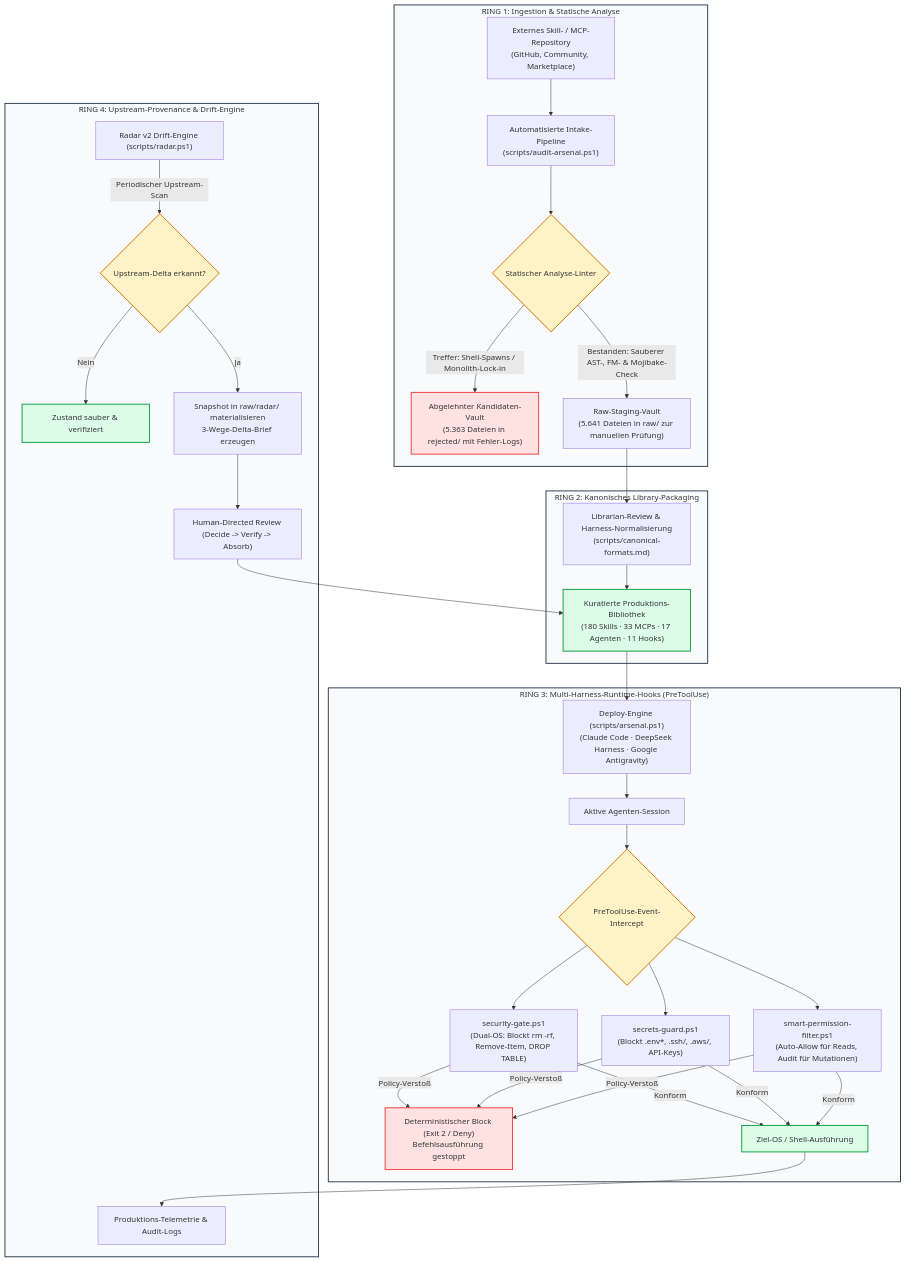
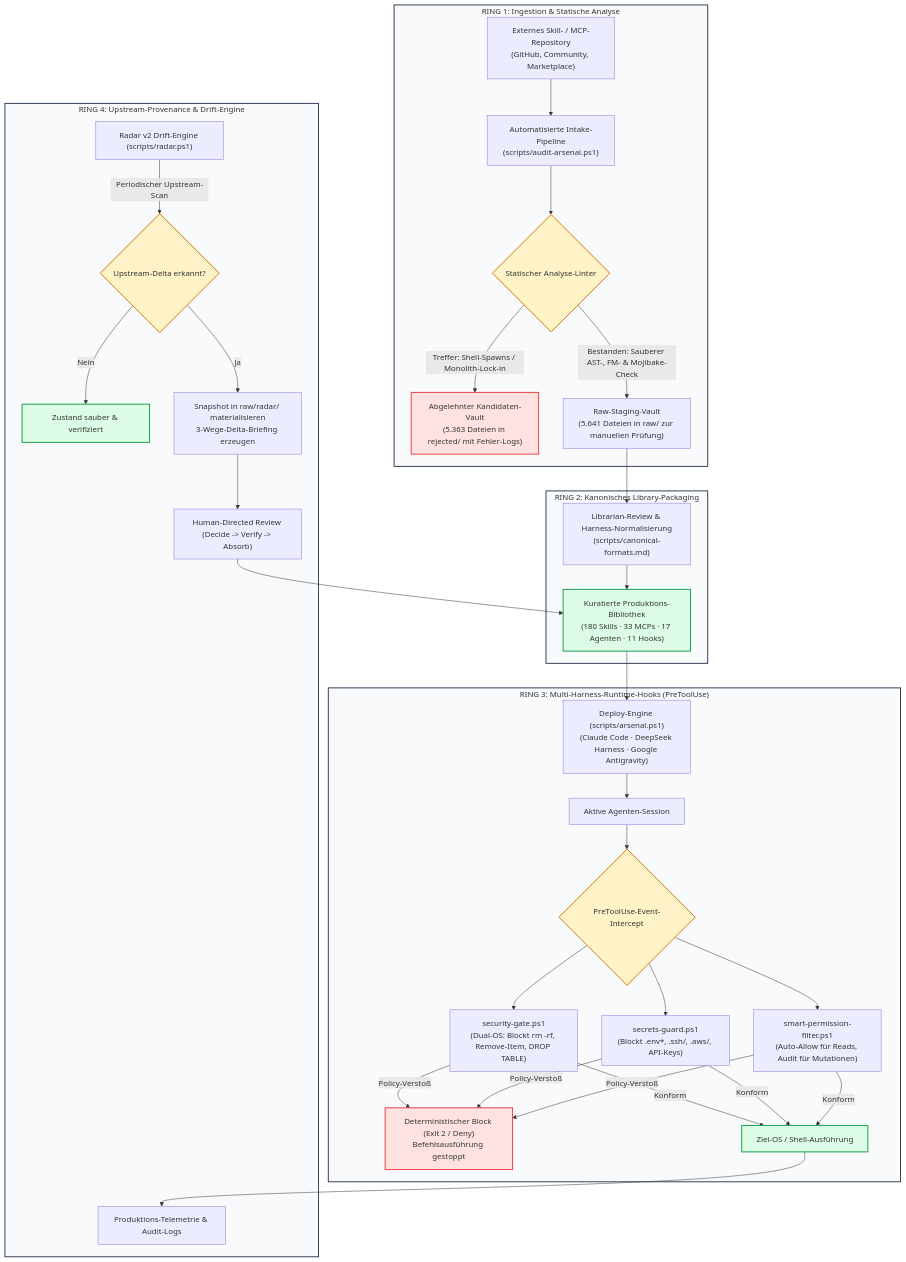
The first of 3 diagrams in de/zero-trust-agent-architecture.md (Deadpoolio92/portfolio), drawn with Mermaid before and after one commit. The commit also changed other lines of this file and 25 other files, not shown here.

````diff
--- a/de/zero-trust-agent-architecture.md
+++ b/de/zero-trust-agent-architecture.md
@@ -90,43 +90,43 @@
 ```mermaid
 flowchart TD
     subgraph S1["RING 1: Ingestion & Statische Analyse"]
         A["Externes Skill- / MCP-Repository\n(GitHub, Community, Marketplace)"] --> B["Automatisierte Intake-Pipeline\n(scripts/audit-arsenal.ps1)"]
         B --> C{"Statischer Analyse-Linter"}
         C -->|Treffer: Shell-Spawns / Monolith-Lock-in| D["Abgelehnter Kandidaten-Vault\n(5.363 Dateien in rejected/ mit Fehler-Logs)"]
         C -->|Bestanden: Sauberer AST-, FM- & Mojibake-Check| E["Raw-Staging-Vault\n(5.641 Dateien in raw/ zur manuellen Prüfung)"]
     end
 
     subgraph S2["RING 2: Kanonisches Library-Packaging"]
         E --> F["Librarian-Review & Harness-Normalisierung\n(scripts/canonical-formats.md)"]
         F --> G["Kuratierte Produktions-Bibliothek\n(180 Skills · 33 MCPs · 17 Agenten · 11 Hooks)"]
     end
 
     subgraph S3["RING 3: Multi-Harness-Runtime-Hooks (PreToolUse)"]
         G --> H["Deploy-Engine (scripts/arsenal.ps1)\n(Claude Code · DeepSeek Harness · Google Antigravity)"]
         H --> I["Aktive Agenten-Session"]
         I --> J{"PreToolUse-Event-Intercept"}
         J --> K1["security-gate.ps1\n(Dual-OS: Blockt rm -rf, Remove-Item, DROP TABLE)"]
         J --> K2["secrets-guard.ps1\n(Blockt .env*, .ssh/, .aws/, API-Keys)"]
         J --> K3["smart-permission-filter.ps1\n(Auto-Allow für Reads, Audit für Mutationen)"]
         K1 & K2 & K3 -->|Policy-Verstoß| L["Deterministischer Block (Exit 2 / Deny)\nBefehlsausführung gestoppt"]
         K1 & K2 & K3 -->|Konform| M["Ziel-OS / Shell-Ausführung"]
     end
 
     subgraph S4["RING 4: Upstream-Provenance & Drift-Engine"]
         M --> N["Produktions-Telemetrie & Audit-Logs"]
         O["Radar v2 Drift-Engine (scripts/radar.ps1)"] -->|Periodischer Upstream-Scan| P{"Upstream-Delta erkannt?"}
         P -->|Nein| Q["Zustand sauber & verifiziert"]
-        P -->|Ja| R["Snapshot in raw/radar/ materialisieren\n3-Wege-Delta-Brief erzeugen"]
+        P -->|Ja| R["Snapshot in raw/radar/ materialisieren\n3-Wege-Delta-Briefing erzeugen"]
         R --> S["Human-Directed Review (Decide -> Verify -> Absorb)"]
         S --> G
     end
 
     classDef stage fill:#f8fafc,stroke:#334155,stroke-width:2px;
     classDef gate fill:#fef3c7,stroke:#d97706,stroke-width:2px;
     classDef blocked fill:#fee2e2,stroke:#ef4444,stroke-width:2px;
     classDef approved fill:#dcfce7,stroke:#16a34a,stroke-width:2px;
     class S1,S2,S3,S4 stage;
     class C,J,P gate;
     class D,L blocked;
     class G,M,Q approved;
 ```
````
